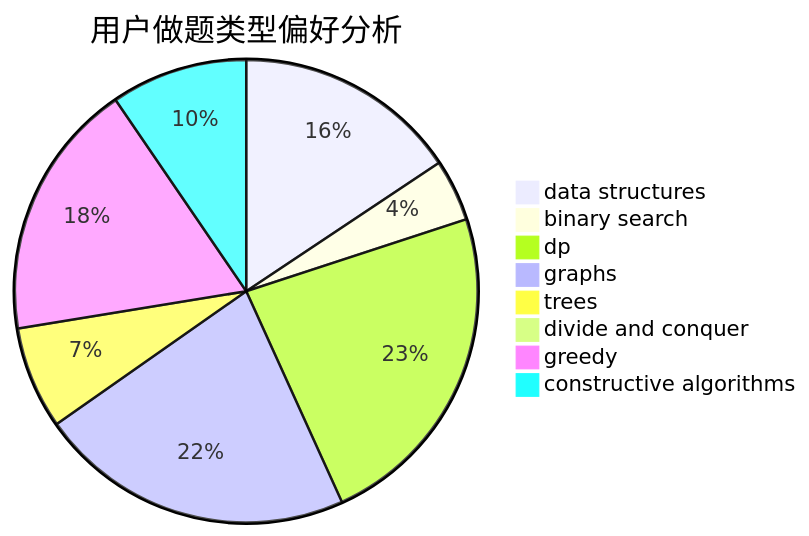
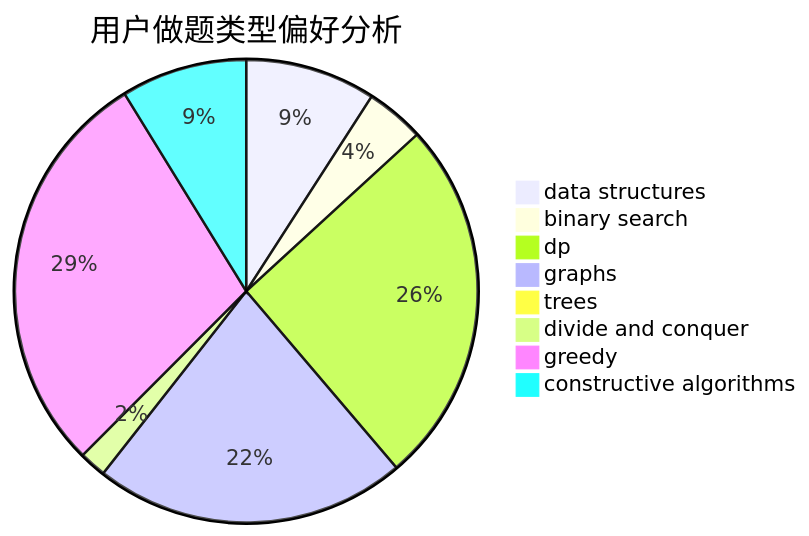
The second of 3 diagrams in docs/user/u1009.md (sherpahu/cfrs.github.io), drawn with Mermaid before and after one commit. The commit also changed other lines of this file and 2770 other files, not shown here.

````diff
--- a/docs/user/u1009.md
+++ b/docs/user/u1009.md
@@ -23,11 +23,11 @@
 ```mermaid
 pie title 用户做题类型偏好分析
-    "data structures" :  105
-    "binary search" :  29
-    "dp" :  156
-    "graphs" :  148
-    "trees" :  48
-    "divide and conquer" :  0
-    "greedy" :  121
-    "constructive algorithms" :  64
+    "data structures" :  58
+    "binary search" :  26
+    "dp" :  163
+    "graphs" :  139
+    "trees" :  0
+    "divide and conquer" :  12
+    "greedy" :  183
+    "constructive algorithms" :  56
 ```
````
